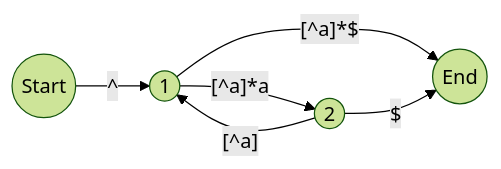
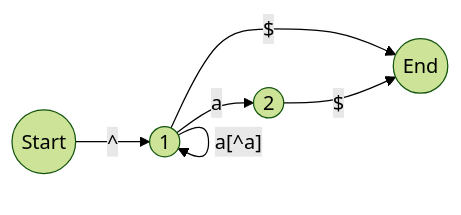
Before and after one commit to tdzl2003/leetcode_live: diagram 17 of 20 in regexp/20220102.md, drawn with Mermaid (forest theme). The commit also changed other lines of this file, not shown here.

````diff
--- a/regexp/20220102.md
+++ b/regexp/20220102.md
@@ -75,12 +212,13 @@
 ```mermaid
 graph LR
     Start((Start))
     1((1))
     2((2))
     End((End))
     Start -- ^ --> 1
-    1 -- "[^a]*a" --> 2
-    2 -- "[^a]" --> 1
-    1 -- "[^a]*$" --> End
+    1 -- a --> 2
+    1 -- "[^a]" --> 1
+    1 -- "a[^a]" --> 1
+    1 -- $ --> End
     2 -- $ --> End
 ```
````
